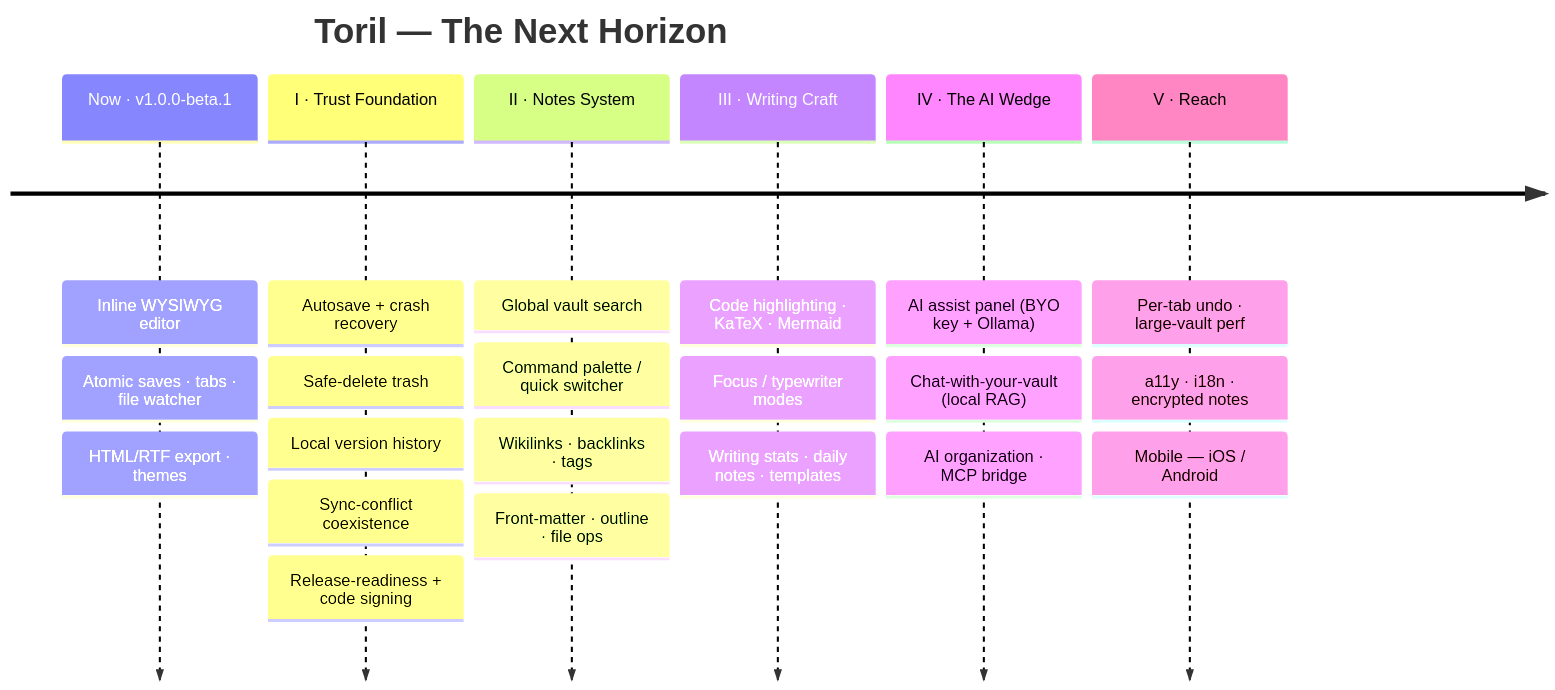
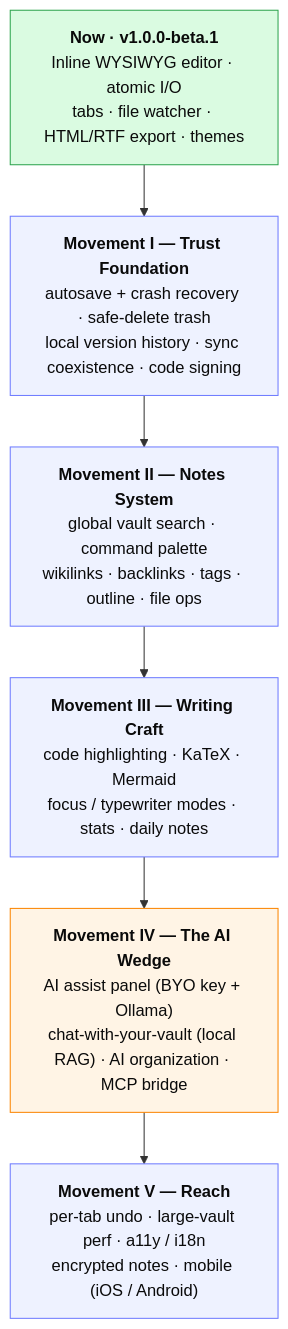
Before and after one commit to kovirlabs/toril: the diagram in README.md, drawn with Mermaid.

Commit message:
fix(readme): use flowchart instead of timeline for roadmap diagram
GitHub's Mermaid renderer errors on the timeline diagram type
("Cannot read properties of undefined (reading 'render')"). Switch to
a flowchart (reliably supported), keep the same content, and add
theme-agnostic styling that highlights shipped work and the AI wedge.

````diff
--- a/README.md
+++ b/README.md
@@ -111,10 +111,17 @@
 ```mermaid
-timeline
-    title Toril — The Next Horizon
-    Now · v1.0.0-beta.1 : Inline WYSIWYG editor : Atomic saves · tabs · file watcher : HTML/RTF export · themes
-    I · Trust Foundation : Autosave + crash recovery : Safe-delete trash : Local version history : Sync-conflict coexistence : Release-readiness + code signing
-    II · Notes System : Global vault search : Command palette / quick switcher : Wikilinks · backlinks · tags : Front-matter · outline · file ops
-    III · Writing Craft : Code highlighting · KaTeX · Mermaid : Focus / typewriter modes : Writing stats · daily notes · templates
-    IV · The AI Wedge : AI assist panel (BYO key + Ollama) : Chat-with-your-vault (local RAG) : AI organization · MCP bridge
-    V · Reach : Per-tab undo · large-vault perf : a11y · i18n · encrypted notes : Mobile — iOS / Android
+flowchart TD
+    Now["<b>Now · v1.0.0-beta.1</b><br/>Inline WYSIWYG editor · atomic I/O<br/>tabs · file watcher · HTML/RTF export · themes"]
+    I["<b>Movement I — Trust Foundation</b><br/>autosave + crash recovery · safe-delete trash<br/>local version history · sync coexistence · code signing"]
+    II["<b>Movement II — Notes System</b><br/>global vault search · command palette<br/>wikilinks · backlinks · tags · outline · file ops"]
+    III["<b>Movement III — Writing Craft</b><br/>code highlighting · KaTeX · Mermaid<br/>focus / typewriter modes · stats · daily notes"]
+    IV["<b>Movement IV — The AI Wedge</b><br/>AI assist panel (BYO key + Ollama)<br/>chat-with-your-vault (local RAG) · AI organization · MCP bridge"]
+    V["<b>Movement V — Reach</b><br/>per-tab undo · large-vault perf · a11y / i18n<br/>encrypted notes · mobile (iOS / Android)"]
+    Now --> I --> II --> III --> IV --> V
+
+    classDef done fill:#dafbe1,stroke:#2da44e,color:#0a0a0a;
+    classDef step fill:#eef2ff,stroke:#6e7bff,color:#0a0a0a;
+    classDef ai fill:#fff4e5,stroke:#fb8500,color:#0a0a0a;
+    class Now done;
+    class I,II,III,V step;
+    class IV ai;
 ```
````
